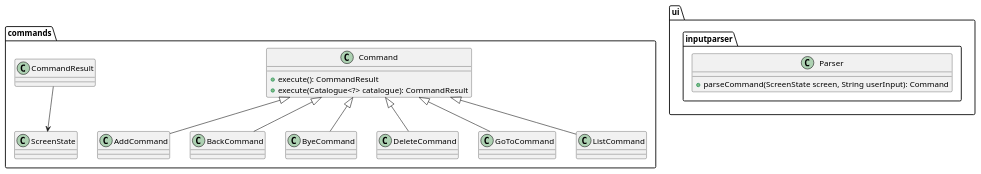
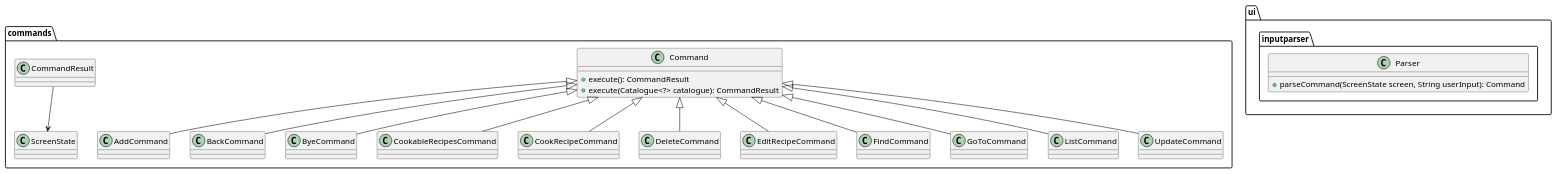
Before and after one commit to ChingWhee/tp: the diagram in docs/diagrams/logic.puml, drawn with PlantUML. The commit also changed 2 other files, not shown here.

Commit message:
fixed updateCommand bug, updated commands DG

```diff
--- a/docs/diagrams/logic.puml
+++ b/docs/diagrams/logic.puml
@@ -1,21 +1,26 @@
 @startuml
 package "commands" {
     class Command {
         +execute(): CommandResult
         +execute(Catalogue<?> catalogue): CommandResult
     }
     Command <|-- AddCommand
     Command <|-- BackCommand
     Command <|-- ByeCommand
+    Command <|-- CookableRecipesCommand
+    Command <|-- CookRecipeCommand
     Command <|-- DeleteCommand
+    Command <|-- EditRecipeCommand
+    Command <|-- FindCommand
     Command <|-- GoToCommand
     Command <|-- ListCommand
+    Command <|-- UpdateCommand
     CommandResult --> ScreenState
 }
 
 package "ui.inputparser" {
     class Parser {
         +parseCommand(ScreenState screen, String userInput): Command
     }
 }
 @enduml
```
